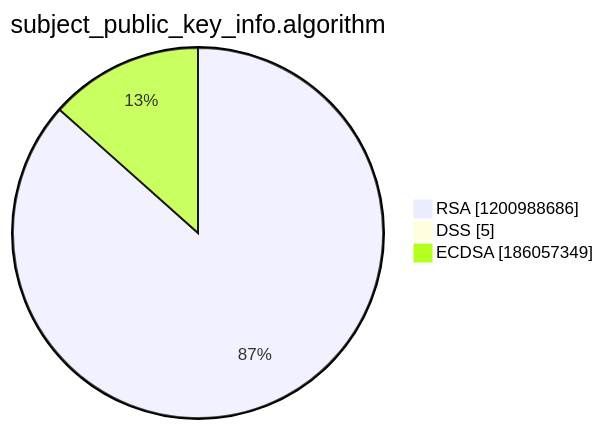
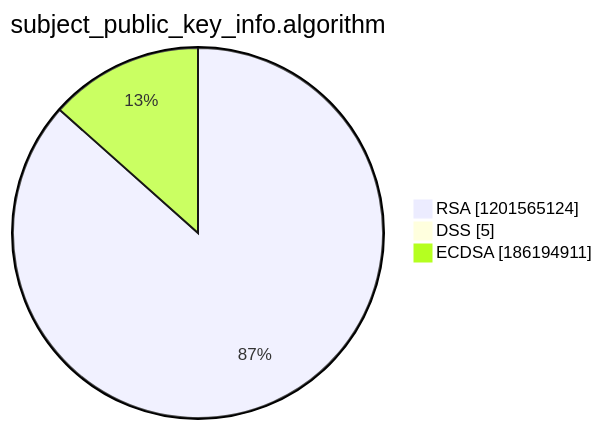
Before and after one commit to christiankrug/ctmonitor_visualization: the third of 15 diagrams in argon2022/README.md, drawn with Mermaid. The commit also changed other lines of this file, not shown here.

````diff
--- a/argon2022/README.md
+++ b/argon2022/README.md
@@ -14,7 +14,7 @@
 ```mermaid
 pie showData
 title subject_public_key_info.algorithm
-"RSA" :1200988686
+"RSA" :1201565124
 "DSS" :5
-"ECDSA" :186057349
+"ECDSA" :186194911
 ```
````
